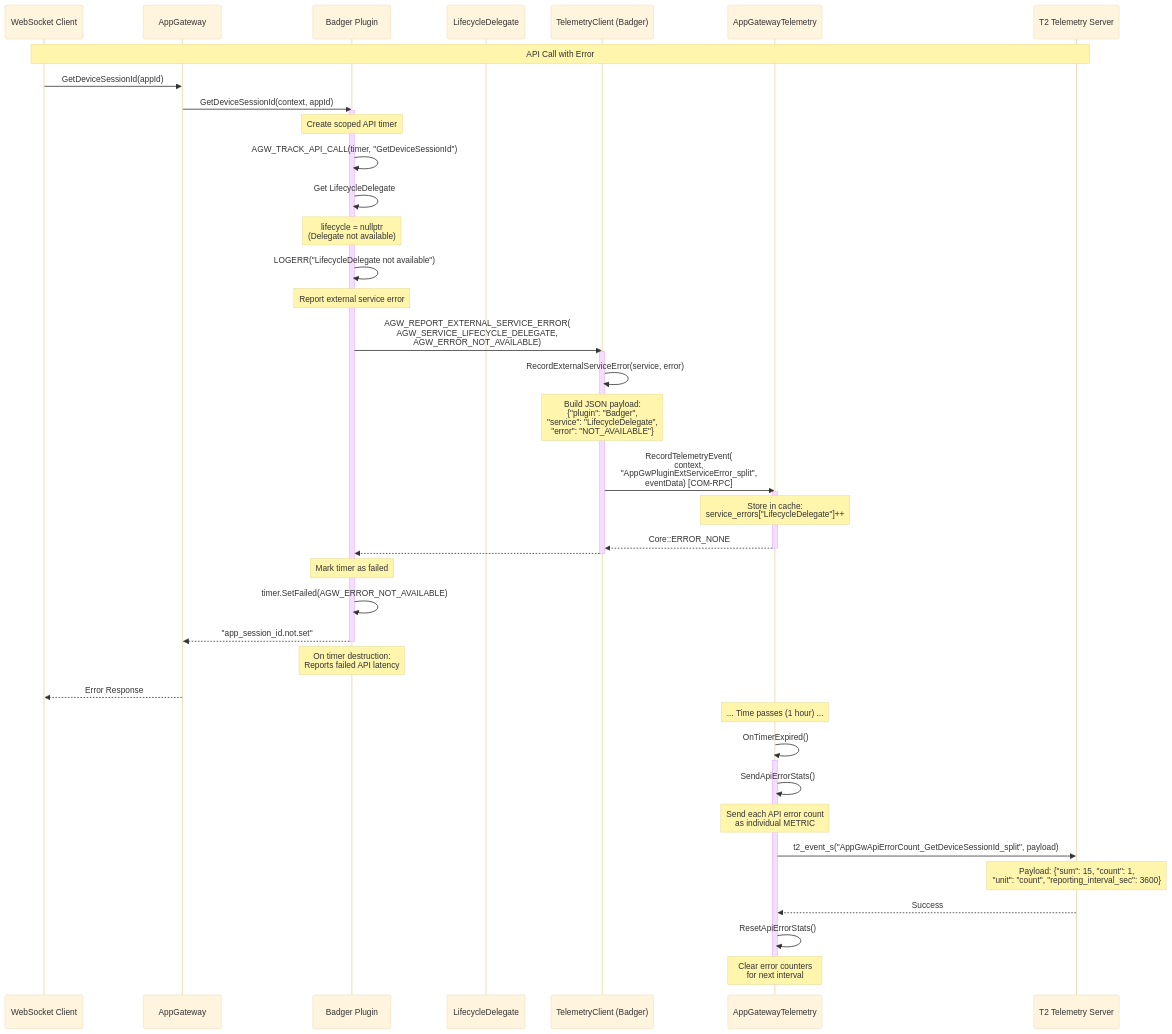
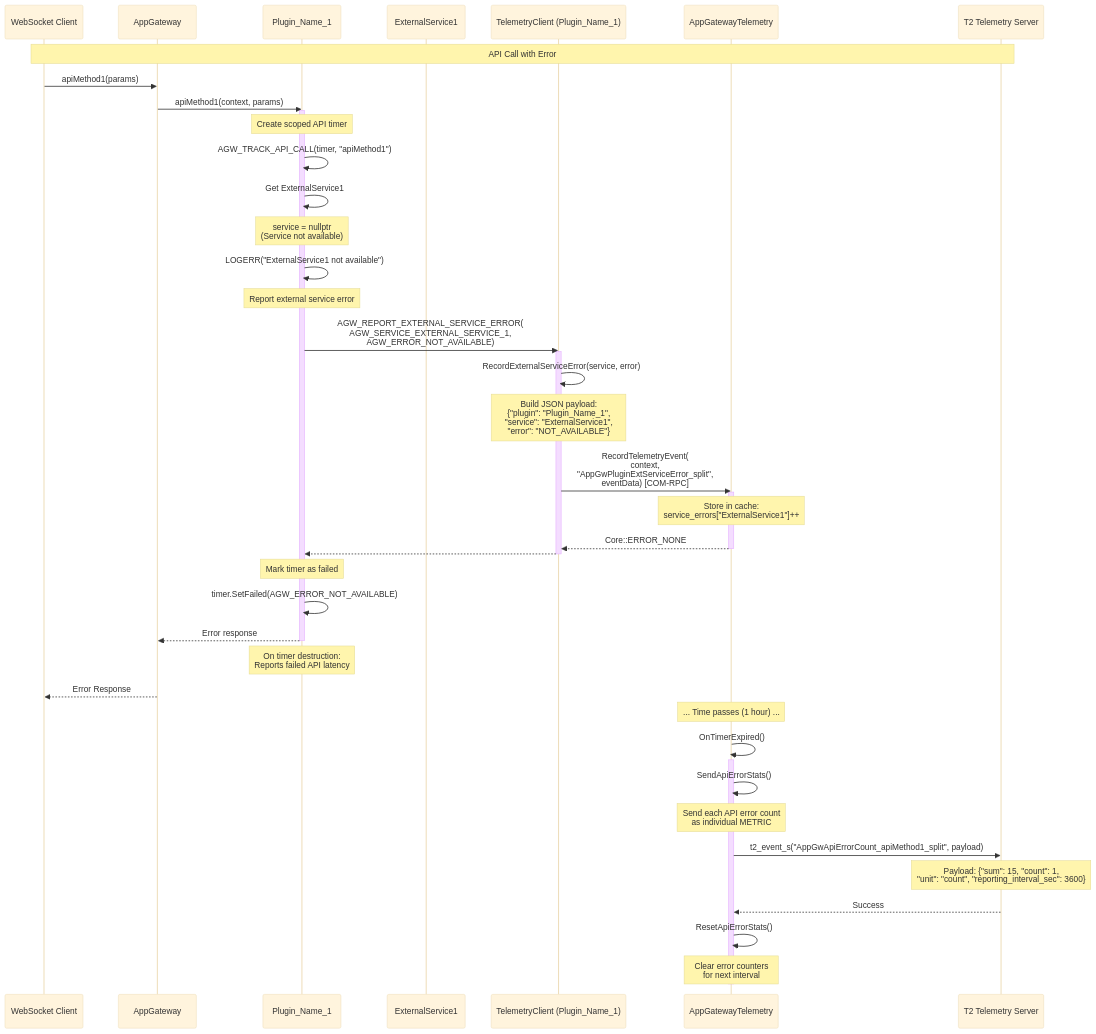
Before and after one commit to rdkcentral/entservices-appgateway: the diagram in AppGateway/docs/sequence-diagrams/03_API_Error_Reporting_Badger.md, drawn with Mermaid (base theme). The commit also changed other lines of this file and 12 other files, not shown here.

````diff
--- a/AppGateway/docs/sequence-diagrams/03_API_Error_Reporting_Badger.md
+++ b/AppGateway/docs/sequence-diagrams/03_API_Error_Reporting_Badger.md
@@ -9,71 +9,71 @@
 ```mermaid
 sequenceDiagram
     participant Client as WebSocket Client
     participant AppGw as AppGateway
-    participant Badger as Badger Plugin
-    participant Lifecycle as LifecycleDelegate
-    participant TelemetryClient as TelemetryClient (Badger)
+    participant Plugin as Plugin_Name_1
+    participant ExtService as ExternalService1
+    participant TelemetryClient as TelemetryClient (Plugin_Name_1)
     participant Telemetry as AppGatewayTelemetry
     participant T2 as T2 Telemetry Server
     
     Note over Client,T2: API Call with Error
     
-    Client->>AppGw: GetDeviceSessionId(appId)
-    AppGw->>Badger: GetDeviceSessionId(context, appId)
-    activate Badger
+    Client->>AppGw: apiMethod1(params)
+    AppGw->>Plugin: apiMethod1(context, params)
+    activate Plugin
     
-    Note over Badger: Create scoped API timer
-    Badger->>Badger: AGW_TRACK_API_CALL(timer, "GetDeviceSessionId")
+    Note over Plugin: Create scoped API timer
+    Plugin->>Plugin: AGW_TRACK_API_CALL(timer, "apiMethod1")
     
-    Badger->>Badger: Get LifecycleDelegate
-    Note over Badger: lifecycle = nullptr<br/>(Delegate not available)
+    Plugin->>Plugin: Get ExternalService1
+    Note over Plugin: service = nullptr<br/>(Service not available)
     
-    Badger->>Badger: LOGERR("LifecycleDelegate not available")
+    Plugin->>Plugin: LOGERR("ExternalService1 not available")
     
-    Note over Badger: Report external service error
-    Badger->>TelemetryClient: AGW_REPORT_EXTERNAL_SERVICE_ERROR(<br/>AGW_SERVICE_LIFECYCLE_DELEGATE,<br/>AGW_ERROR_NOT_AVAILABLE)
+    Note over Plugin: Report external service error
+    Plugin->>TelemetryClient: AGW_REPORT_EXTERNAL_SERVICE_ERROR(<br/>AGW_SERVICE_EXTERNAL_SERVICE_1,<br/>AGW_ERROR_NOT_AVAILABLE)
     activate TelemetryClient
     
     TelemetryClient->>TelemetryClient: RecordExternalServiceError(service, error)
     
-    Note over TelemetryClient: Build JSON payload:<br/>{"plugin": "Badger",<br/> "service": "LifecycleDelegate",<br/> "error": "NOT_AVAILABLE"}
+    Note over TelemetryClient: Build JSON payload:<br/>{"plugin": "Plugin_Name_1",<br/> "service": "ExternalService1",<br/> "error": "NOT_AVAILABLE"}
     
     TelemetryClient->>Telemetry: RecordTelemetryEvent(<br/>context,<br/>"AppGwPluginExtServiceError_split",<br/>eventData) [COM-RPC]
     activate Telemetry
     
-    Note over Telemetry: Store in cache:<br/>service_errors["LifecycleDelegate"]++
+    Note over Telemetry: Store in cache:<br/>service_errors["ExternalService1"]++
     
     Telemetry-->>TelemetryClient: Core::ERROR_NONE
     deactivate Telemetry
     
-    TelemetryClient-->>Badger: 
+    TelemetryClient-->>Plugin: 
     deactivate TelemetryClient
     
-    Note over Badger: Mark timer as failed
-    Badger->>Badger: timer.SetFailed(AGW_ERROR_NOT_AVAILABLE)
+    Note over Plugin: Mark timer as failed
+    Plugin->>Plugin: timer.SetFailed(AGW_ERROR_NOT_AVAILABLE)
     
-    Badger-->>AppGw: "app_session_id.not.set"
-    deactivate Badger
+    Plugin-->>AppGw: Error response
+    deactivate Plugin
     
-    Note over Badger: On timer destruction:<br/>Reports failed API latency
+    Note over Plugin: On timer destruction:<br/>Reports failed API latency
     
     AppGw-->>Client: Error Response
     
     Note over Telemetry: ... Time passes (1 hour) ...
     
     Telemetry->>Telemetry: OnTimerExpired()
     activate Telemetry
     
     Telemetry->>Telemetry: SendApiErrorStats()
     
     Note over Telemetry: Send each API error count<br/>as individual METRIC
     
-    Telemetry->>T2: t2_event_s("AppGwApiErrorCount_GetDeviceSessionId_split", payload)
+    Telemetry->>T2: t2_event_s("AppGwApiErrorCount_apiMethod1_split", payload)
     Note over T2: Payload: {"sum": 15, "count": 1,<br/>"unit": "count", "reporting_interval_sec": 3600}
     T2-->>Telemetry: Success
     
     Telemetry->>Telemetry: ResetApiErrorStats()
     Note over Telemetry: Clear error counters<br/>for next interval
     
     deactivate Telemetry
 ```
````
